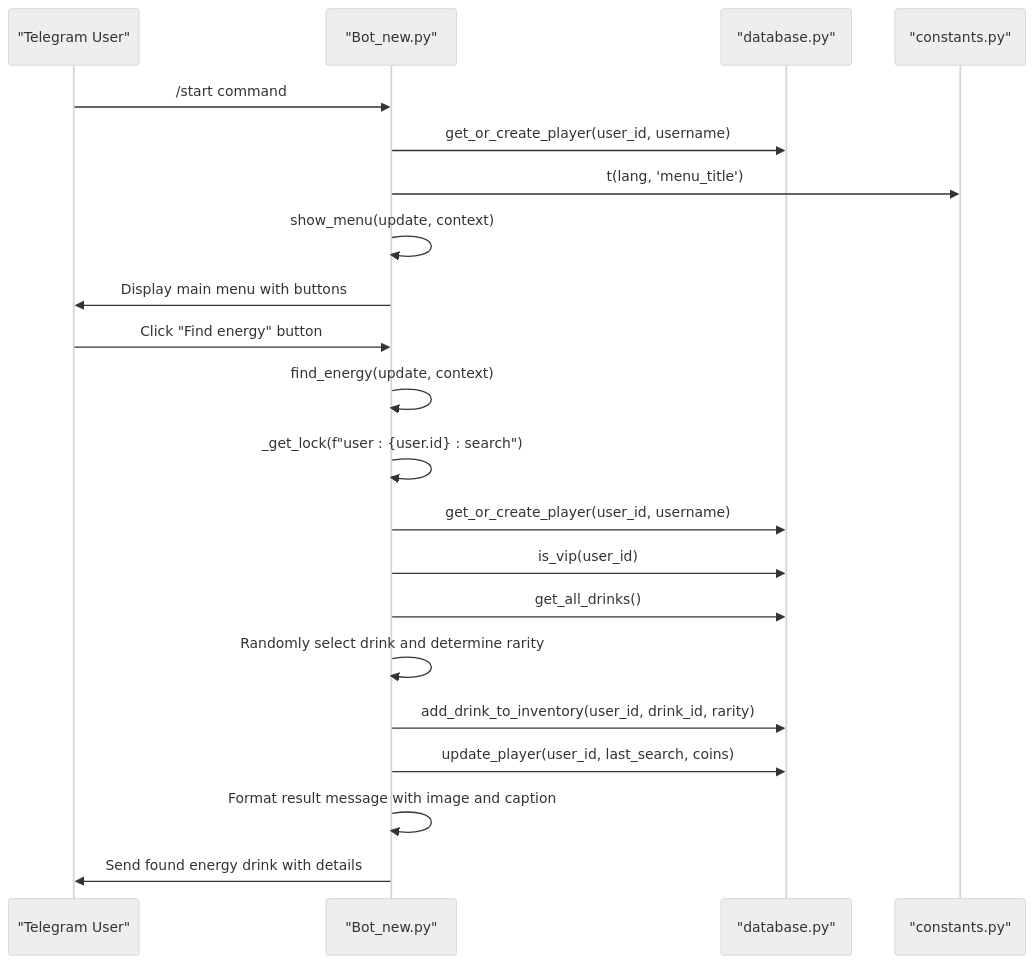
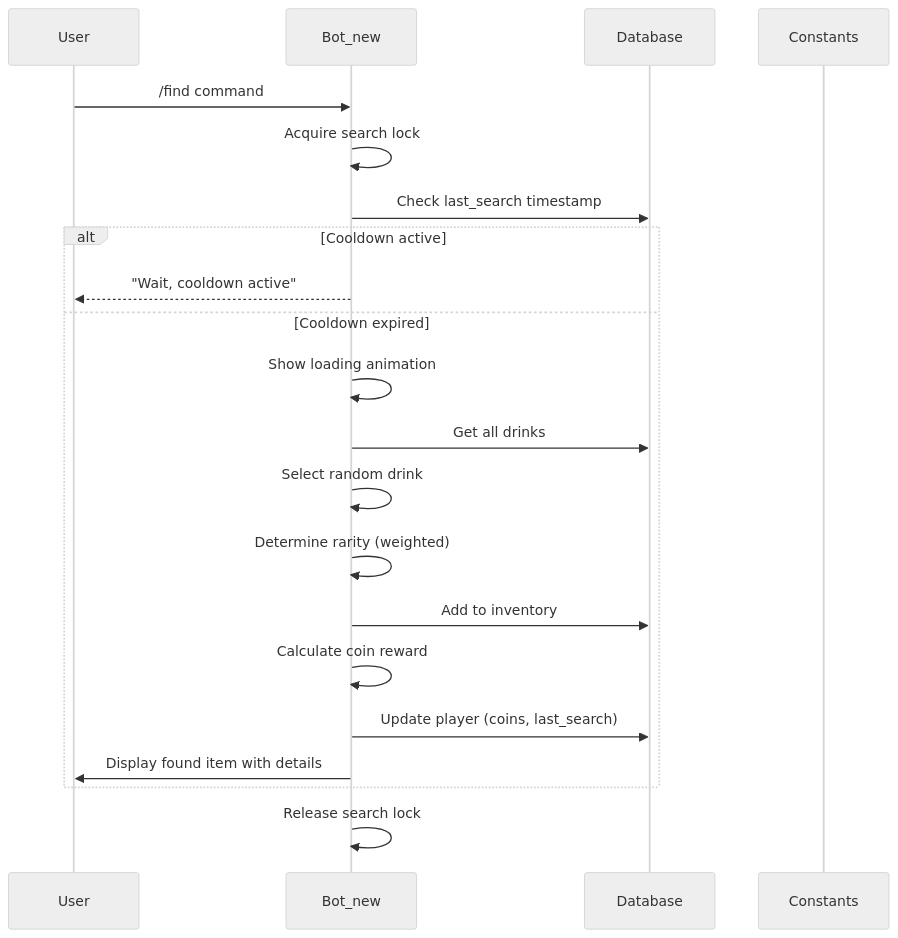
One commit to AntiLox12/RELOAD changed the first of 2 diagrams in .qoder/repowiki/en/content/Core System Architecture/Core System Architecture.md. Above: the diagram before and after it, drawn with Mermaid (neutral theme). The commit also changed other lines of this file and 18 other files, not shown here.

First line of the commit message:
feat(admin): document and implement `/delmoney` coin deduction command

````diff
--- a/.qoder/repowiki/en/content/Core System Architecture/Core System Architecture.md
+++ b/.qoder/repowiki/en/content/Core System Architecture/Core System Architecture.md
@@ -189,23 +101,23 @@
 ```mermaid
 sequenceDiagram
-participant User as "Telegram User"
-participant Bot as "Bot_new.py"
-participant DB as "database.py"
-participant Constants as "constants.py"
-User->>Bot : /start command
-Bot->>DB : get_or_create_player(user_id, username)
-Bot->>Constants : t(lang, 'menu_title')
-Bot->>Bot : show_menu(update, context)
-Bot->>User : Display main menu with buttons
-User->>Bot : Click "Find energy" button
-Bot->>Bot : find_energy(update, context)
-Bot->>Bot : _get_lock(f"user : {user.id} : search")
-Bot->>DB : get_or_create_player(user_id, username)
-Bot->>DB : is_vip(user_id)
-Bot->>DB : get_all_drinks()
-Bot->>Bot : Randomly select drink and determine rarity
-Bot->>DB : add_drink_to_inventory(user_id, drink_id, rarity)
-Bot->>DB : update_player(user_id, last_search, coins)
-Bot->>Bot : Format result message with image and caption
-Bot->>User : Send found energy drink with details
+participant User
+participant Bot_new
+participant Database
+participant Constants
+User->>Bot_new : /find command
+Bot_new->>Bot_new : Acquire search lock
+Bot_new->>Database : Check last_search timestamp
+alt Cooldown active
+Bot_new-->>User : "Wait, cooldown active"
+else Cooldown expired
+Bot_new->>Bot_new : Show loading animation
+Bot_new->>Database : Get all drinks
+Bot_new->>Bot_new : Select random drink
+Bot_new->>Bot_new : Determine rarity (weighted)
+Bot_new->>Database : Add to inventory
+Bot_new->>Bot_new : Calculate coin reward
+Bot_new->>Database : Update player (coins, last_search)
+Bot_new->>User : Display found item with details
+end
+Bot_new->>Bot_new : Release search lock
 ```
````
